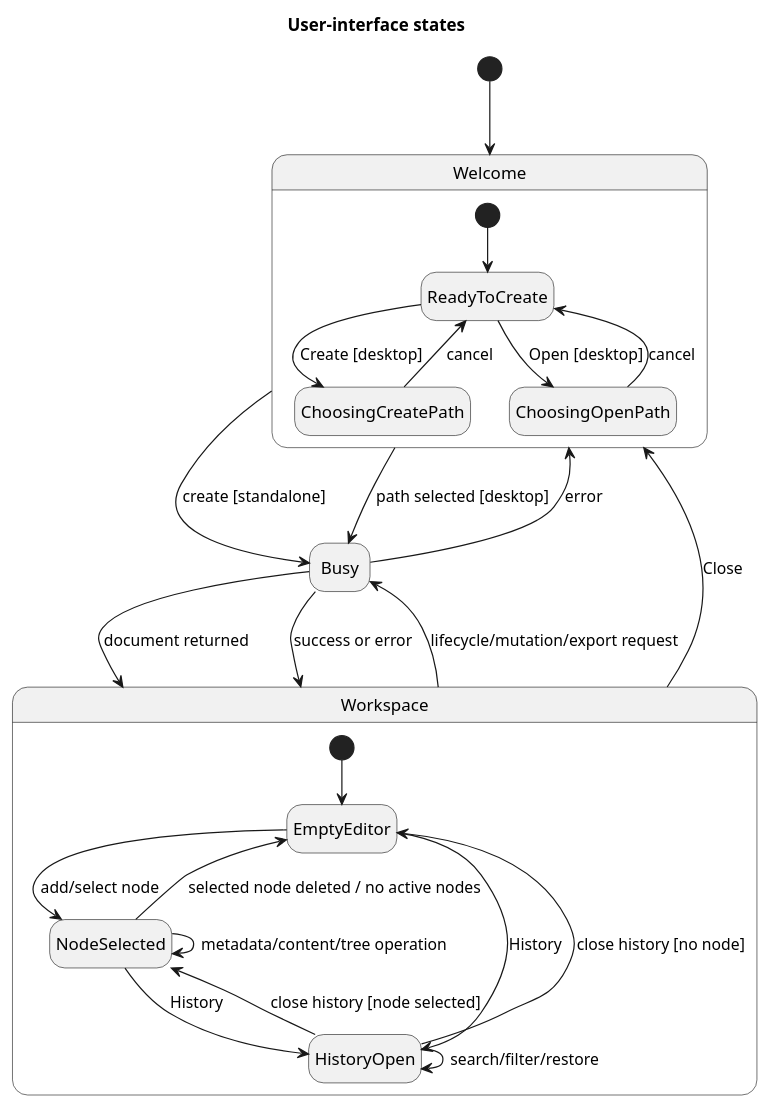
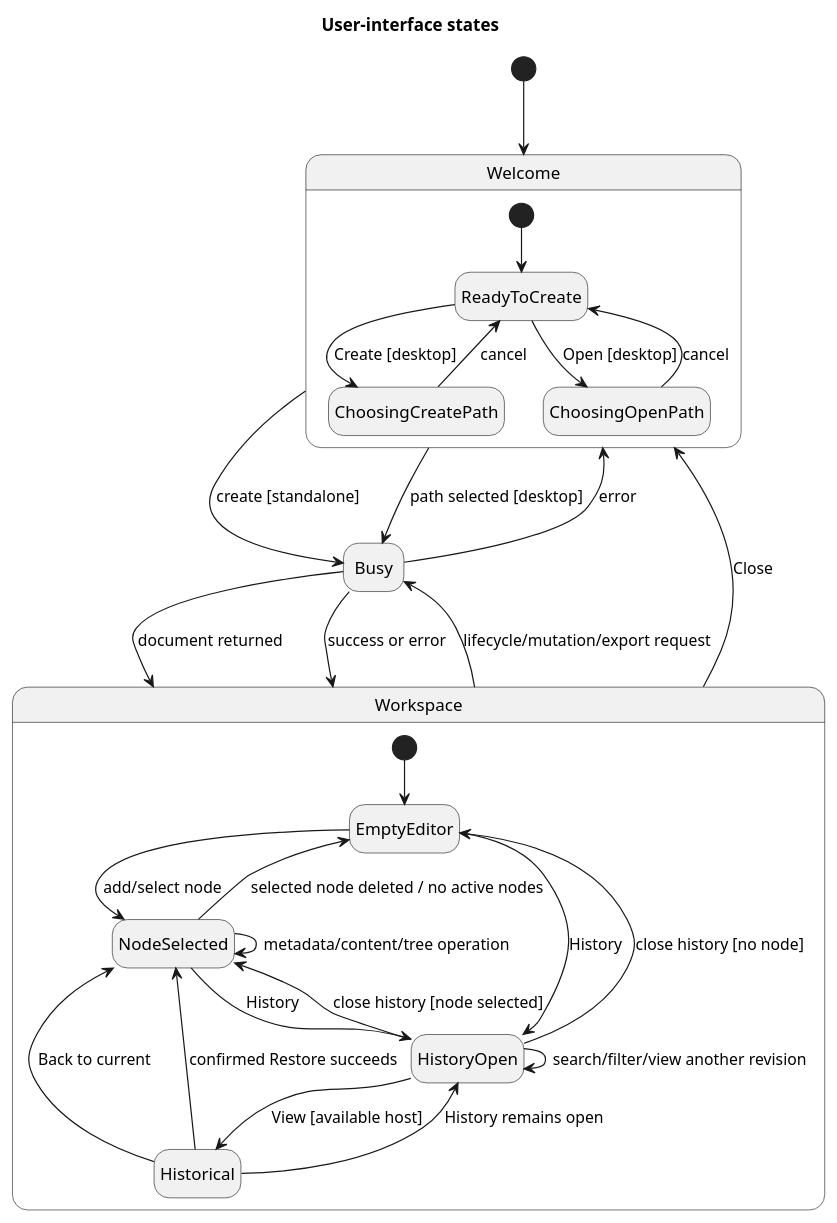
One commit to benoit-gl/coedit changed the diagram in docs/UI_UX.md. Above: the diagram before and after it, drawn with PlantUML. The commit also changed other lines of this file and 23 other files, not shown here.

````diff
--- a/docs/UI_UX.md
+++ b/docs/UI_UX.md
@@ -69,37 +69,41 @@
 ```plantuml
 @startuml
 title User-interface states
 hide empty description
 
 [*] --> Welcome
 
 state Welcome {
   [*] --> ReadyToCreate
   ReadyToCreate --> ChoosingCreatePath : Create [desktop]
   ChoosingCreatePath --> ReadyToCreate : cancel
   ReadyToCreate --> ChoosingOpenPath : Open [desktop]
   ChoosingOpenPath --> ReadyToCreate : cancel
 }
 
 Welcome --> Busy : create [standalone]
 Welcome --> Busy : path selected [desktop]
 Busy --> Welcome : error
 Busy --> Workspace : document returned
 
 state Workspace {
   [*] --> EmptyEditor
   EmptyEditor --> NodeSelected : add/select node
   NodeSelected --> EmptyEditor : selected node deleted / no active nodes
   NodeSelected --> HistoryOpen : History
   EmptyEditor --> HistoryOpen : History
   HistoryOpen --> NodeSelected : close history [node selected]
   HistoryOpen --> EmptyEditor : close history [no node]
   NodeSelected --> NodeSelected : metadata/content/tree operation
-  HistoryOpen --> HistoryOpen : search/filter/restore
+  HistoryOpen --> HistoryOpen : search/filter/view another revision
+  HistoryOpen --> Historical : View [available host]
+  Historical --> NodeSelected : Back to current
+  Historical --> NodeSelected : confirmed Restore succeeds
+  Historical --> HistoryOpen : History remains open
 }
 
 Workspace --> Busy : lifecycle/mutation/export request
 Busy --> Workspace : success or error
 Workspace --> Welcome : Close
 @enduml
 ```
````
